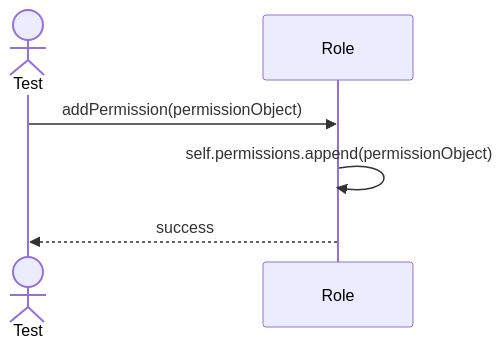
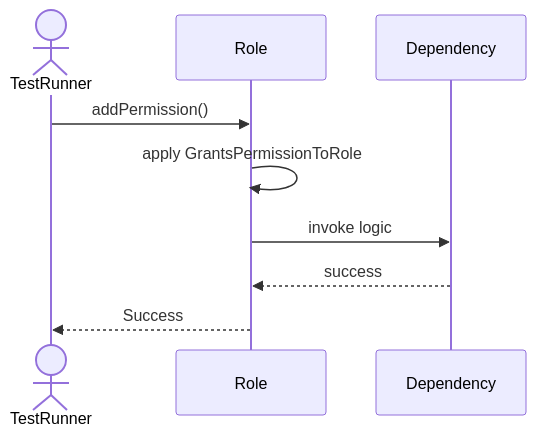
Before and after one commit to TamBui1706/DBMS: the second of 6 diagrams in Sequences/SecurityAccessControl/Role.md, drawn with Mermaid. The commit also changed other lines of this file and 63 other files, not shown here.

Commit message:
Draw sequence diagram for unit tests

````diff
--- a/Sequences/SecurityAccessControl/Role.md
+++ b/Sequences/SecurityAccessControl/Role.md
@@ -26,9 +32,10 @@
 ```mermaid
 sequenceDiagram
-    actor Test
+    actor TestRunner
     participant Role
-
-    Test->>Role: addPermission(permissionObject)
-    Role->>Role: self.permissions.append(permissionObject)
-    Role-->>Test: success
+    TestRunner->>Role: addPermission()
+    Role->>Role: apply GrantsPermissionToRole
+    Role->>Dependency: invoke logic
+    Dependency-->>Role: success
+    Role-->>TestRunner: Success
 ```
````
